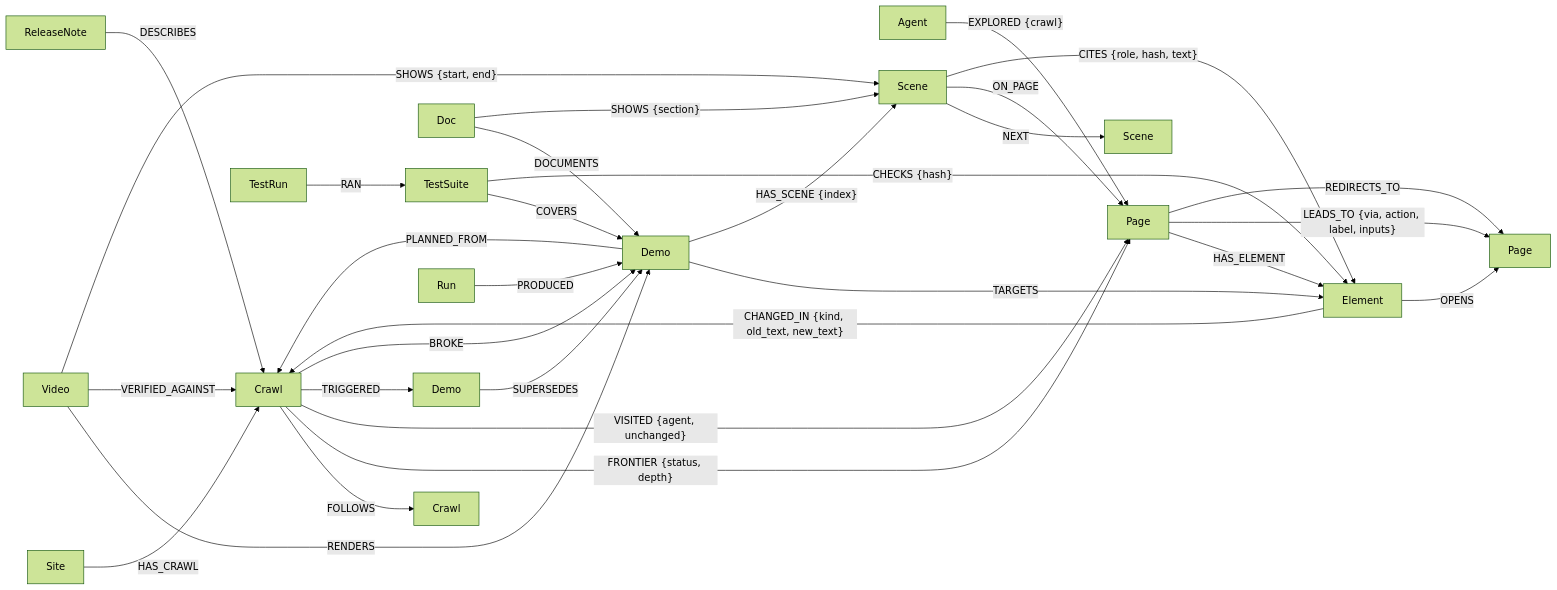
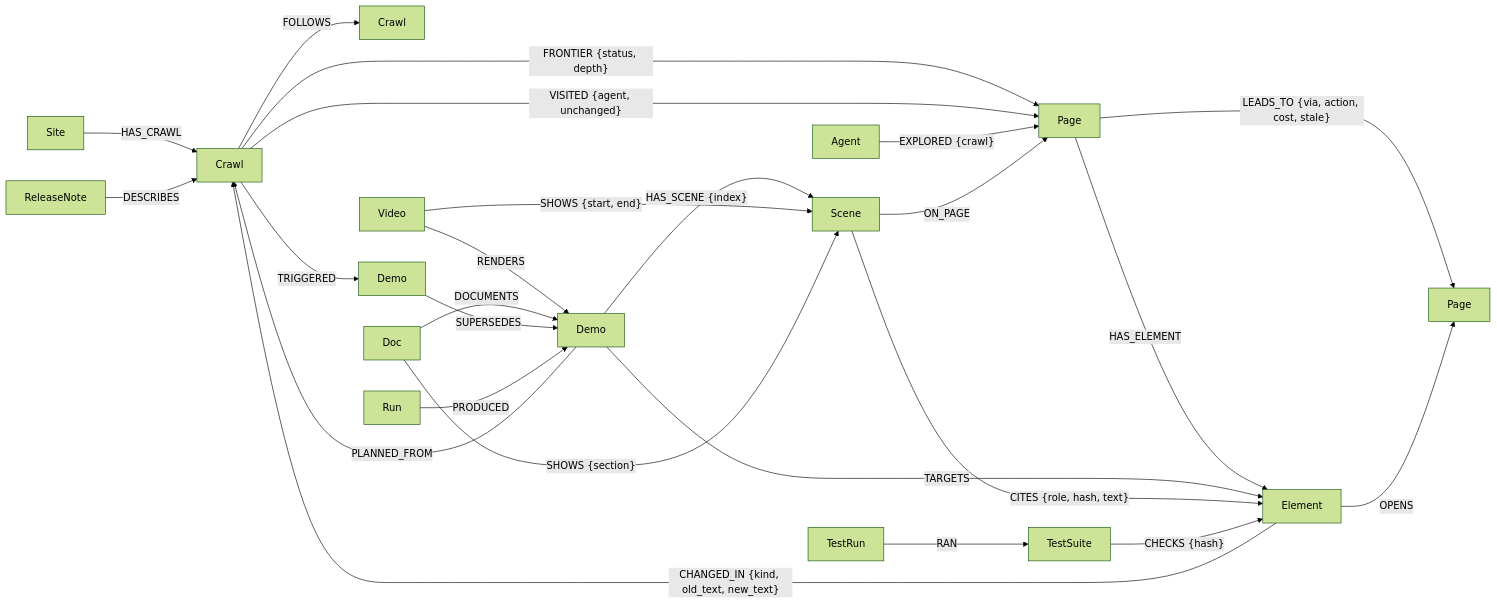
One commit to Ariya-rithvik/demograph changed the diagram in README.md. Above: the diagram before and after it, drawn with Mermaid (forest theme). The commit also changed other lines of this file and 2 other files, not shown here.

````diff
--- a/README.md
+++ b/README.md
@@ -185,32 +137,27 @@
 ```mermaid
 graph LR
   Site -->|HAS_CRAWL| Crawl
   Crawl -->|FOLLOWS| PrevCrawl[Crawl]
   Crawl -->|"FRONTIER {status, depth}"| Page
   Crawl -->|"VISITED {agent, unchanged}"| Page
   Agent -->|"EXPLORED {crawl}"| Page
   Page -->|HAS_ELEMENT| Element
-  Page -->|"LEADS_TO {via, action, label, inputs}"| Page2[Page]
+  Page -->|"LEADS_TO {via, action, cost, stale}"| Page2[Page]
   Element -->|OPENS| Page2
-  Page -->|REDIRECTS_TO| Page2
   Element -->|"CHANGED_IN {kind, old_text, new_text}"| Crawl
   Demo -->|PLANNED_FROM| Crawl
   Demo -->|TARGETS| Element
   Demo -->|"HAS_SCENE {index}"| Scene
-  Scene -->|NEXT| Scene2[Scene]
   Scene -->|ON_PAGE| Page
   Scene -->|"CITES {role, hash, text}"| Element
   Video -->|RENDERS| Demo
-  Video -->|VERIFIED_AGAINST| Crawl
   Video -->|"SHOWS {start, end}"| Scene
   Doc -->|DOCUMENTS| Demo
   Doc -->|"SHOWS {section}"| Scene
   NewDemo[Demo] -->|SUPERSEDES| Demo
   Crawl -->|TRIGGERED| NewDemo
-  Crawl -->|BROKE| Demo
-  TestSuite -->|COVERS| Demo
   TestSuite -->|"CHECKS {hash}"| Element
   TestRun -->|RAN| TestSuite
   ReleaseNote -->|DESCRIBES| Crawl
   Run -->|PRODUCED| Demo
 ```
````
